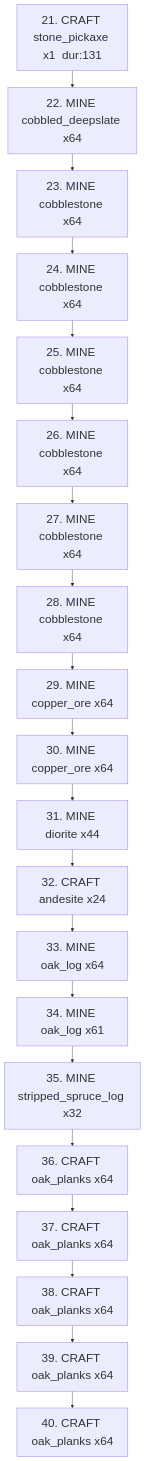
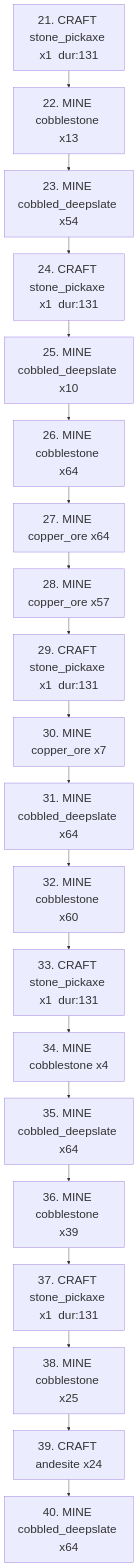
One commit to sdace9719/minecraft-planner changed the diagram in debug_utitlities/queue_batch_02.mmd. Above: the diagram before and after it, drawn with Mermaid. The commit also changed 23 other files, not shown here.

```diff
--- a/debug_utitlities/queue_batch_02.mmd
+++ b/debug_utitlities/queue_batch_02.mmd
@@ -1,44 +1,44 @@
 %%{init: {'flowchart': {'nodeSpacing': 10, 'rankSpacing': 40, 'padding': 16}, 'themeVariables': {'fontSize': '28px'}} }%%
 flowchart TD
     %% Phase 5 Execution Queue — tasks 21–40
 
     n1["21. CRAFT stone_pickaxe x1  dur:131"]
-    n2["22. MINE cobbled_deepslate x64"]
-    n3["23. MINE cobblestone x64"]
-    n4["24. MINE cobblestone x64"]
-    n5["25. MINE cobblestone x64"]
+    n2["22. MINE cobblestone x13"]
+    n3["23. MINE cobbled_deepslate x54"]
+    n4["24. CRAFT stone_pickaxe x1  dur:131"]
+    n5["25. MINE cobbled_deepslate x10"]
     n6["26. MINE cobblestone x64"]
-    n7["27. MINE cobblestone x64"]
-    n8["28. MINE cobblestone x64"]
-    n9["29. MINE copper_ore x64"]
-    n10["30. MINE copper_ore x64"]
-    n11["31. MINE diorite x44"]
-    n12["32. CRAFT andesite x24"]
-    n13["33. MINE oak_log x64"]
-    n14["34. MINE oak_log x61"]
-    n15["35. MINE stripped_spruce_log x32"]
-    n16["36. CRAFT oak_planks x64"]
-    n17["37. CRAFT oak_planks x64"]
-    n18["38. CRAFT oak_planks x64"]
-    n19["39. CRAFT oak_planks x64"]
-    n20["40. CRAFT oak_planks x64"]
+    n7["27. MINE copper_ore x64"]
+    n8["28. MINE copper_ore x57"]
+    n9["29. CRAFT stone_pickaxe x1  dur:131"]
+    n10["30. MINE copper_ore x7"]
+    n11["31. MINE cobbled_deepslate x64"]
+    n12["32. MINE cobblestone x60"]
+    n13["33. CRAFT stone_pickaxe x1  dur:131"]
+    n14["34. MINE cobblestone x4"]
+    n15["35. MINE cobbled_deepslate x64"]
+    n16["36. MINE cobblestone x39"]
+    n17["37. CRAFT stone_pickaxe x1  dur:131"]
+    n18["38. MINE cobblestone x25"]
+    n19["39. CRAFT andesite x24"]
+    n20["40. MINE cobbled_deepslate x64"]
 
     n1 --> n2
     n2 --> n3
     n3 --> n4
     n4 --> n5
     n5 --> n6
     n6 --> n7
     n7 --> n8
     n8 --> n9
     n9 --> n10
     n10 --> n11
     n11 --> n12
     n12 --> n13
     n13 --> n14
     n14 --> n15
     n15 --> n16
     n16 --> n17
     n17 --> n18
     n18 --> n19
     n19 --> n20
```
